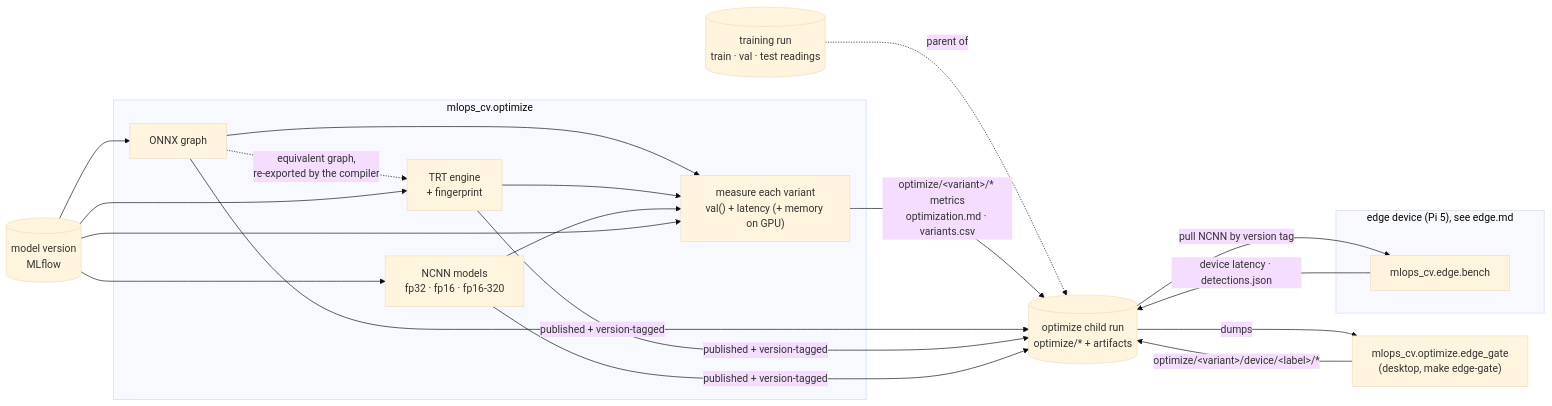
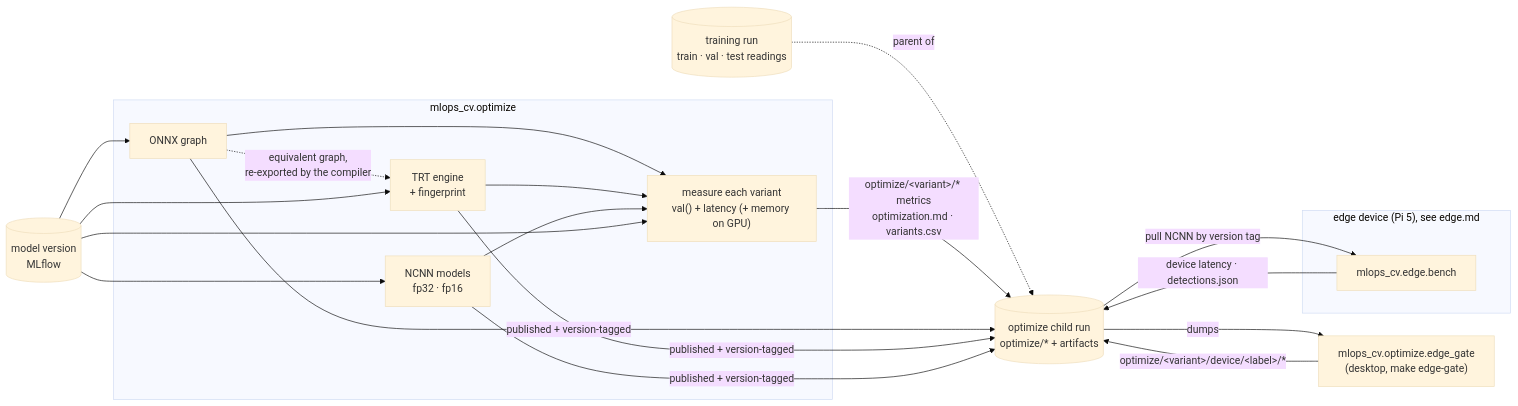
One commit to vtarasv/mlops-cv changed the diagram in docs/optimization.md. Above: the diagram before and after it, drawn with Mermaid (base theme). The commit also changed other lines of this file and 51 other files, not shown here.

````diff
--- a/docs/optimization.md
+++ b/docs/optimization.md
@@ -19,37 +19,37 @@
 ```mermaid
 flowchart LR
   model[("model version<br/>MLflow")]
 
   subgraph harness["mlops_cv.optimize"]
     portable["ONNX graph"]
     engines["TRT engine<br/>+ fingerprint"]
-    ncnn["NCNN models<br/>fp32 · fp16 · fp16-320"]
+    ncnn["NCNN models<br/>fp32 · fp16"]
     measure["measure each variant<br/>val() + latency (+ memory on GPU)"]
     portable -.->|"equivalent graph,<br/>re-exported by the compiler"| engines
     portable --> measure
     engines --> measure
     ncnn --> measure
   end
 
   subgraph device["edge device (Pi 5), see edge.md"]
     bench["mlops_cv.edge.bench"]
   end
   edgegate["mlops_cv.optimize.edge_gate<br/>(desktop, make edge-gate)"]
 
   train[("training run<br/>train · val · test readings")]
   record[("optimize child run<br/>optimize/* + artifacts")]
 
   model --> portable
   model --> engines
   model --> ncnn
   model --> measure
   train -.->|"parent of"| record
   measure -->|"optimize/&lt;variant&gt;/* metrics<br/>optimization.md · variants.csv"| record
   portable -->|"published + version-tagged"| record
   engines -->|"published + version-tagged"| record
   ncnn -->|"published + version-tagged"| record
   record -->|"pull NCNN by version tag"| bench
   bench -->|"device latency · detections.json"| record
   record -->|"dumps"| edgegate
   edgegate -->|"optimize/&lt;variant&gt;/device/&lt;label&gt;/*"| record
 ```
````
